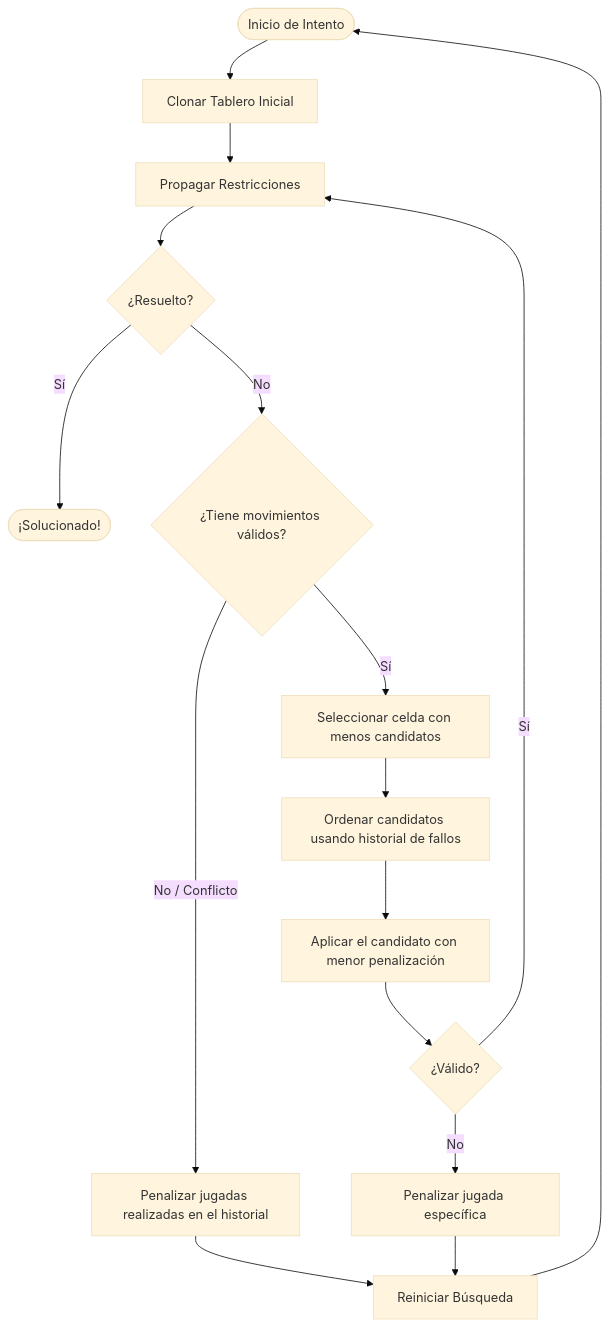
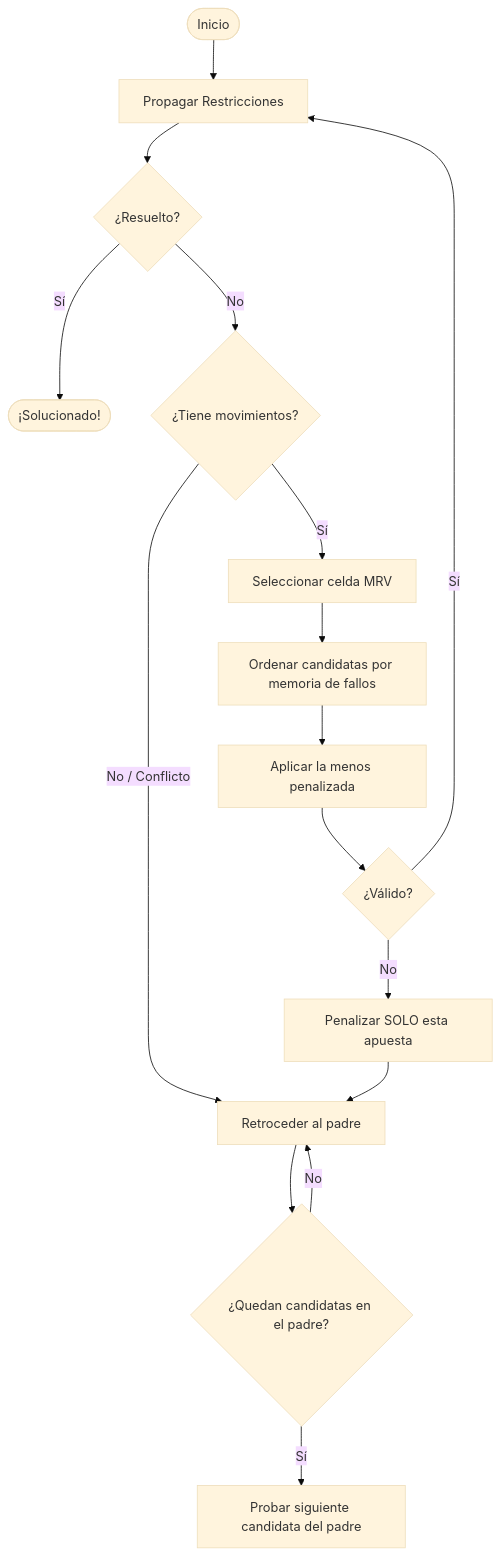
Before and after one commit to mcarbonell/sudoku-solver-js: the second of 2 diagrams in ALGORITHMS.md, drawn with Mermaid (base theme). The commit also changed other lines of this file and 8 other files, not shown here.

````diff
--- a/ALGORITHMS.md
+++ b/ALGORITHMS.md
@@ -59,19 +60,17 @@
 ```mermaid
 flowchart TD
-    Start([Inicio de Intento]) --> Clone[Clonar Tablero Inicial]
-    Clone --> Prop[Propagar Restricciones]
+    Start([Inicio]) --> Prop[Propagar Restricciones]
     Prop --> Check{¿Resuelto?}
     Check -- Sí --> Solved([¡Solucionado!])
-    Check -- No --> Moves{¿Tiene movimientos válidos?}
-    
-    Moves -- No / Conflicto --> Penalize[Penalizar jugadas realizadas en el historial] --> Restart[Reiniciar Búsqueda]
-    Moves -- Sí --> Pick[Seleccionar celda con menos candidatos]
-    
-    Pick --> Sort[Ordenar candidatos usando historial de fallos]
-    Sort --> Apply[Aplicar el candidato con menor penalización]
-    Apply --> CheckValid{¿Válido?}
-    CheckValid -- No --> PenaltySingle[Penalizar jugada específica] --> Restart
-    CheckValid -- Sí --> Prop
-    
-    Restart --> Start
+    Check -- No --> Moves{¿Tiene movimientos?}
+    Moves -- No / Conflicto --> Backtrack[Retroceder al padre]
+    Backtrack --> Parent{¿Quedan candidatas en el padre?}
+    Parent -- Sí --> PickPadre[Probar siguiente candidata del padre]
+    Parent -- No --> Backtrack
+    Moves -- Sí --> Pick[Seleccionar celda MRV]
+    Pick --> Sort[Ordenar candidatas por memoria de fallos]
+    Sort --> Apply[Aplicar la menos penalizada]
+    Apply --> Valid{¿Válido?}
+    Valid -- No --> Penalize[Penalizar SOLO esta apuesta] --> Backtrack
+    Valid -- Sí --> Prop
 ```
````
